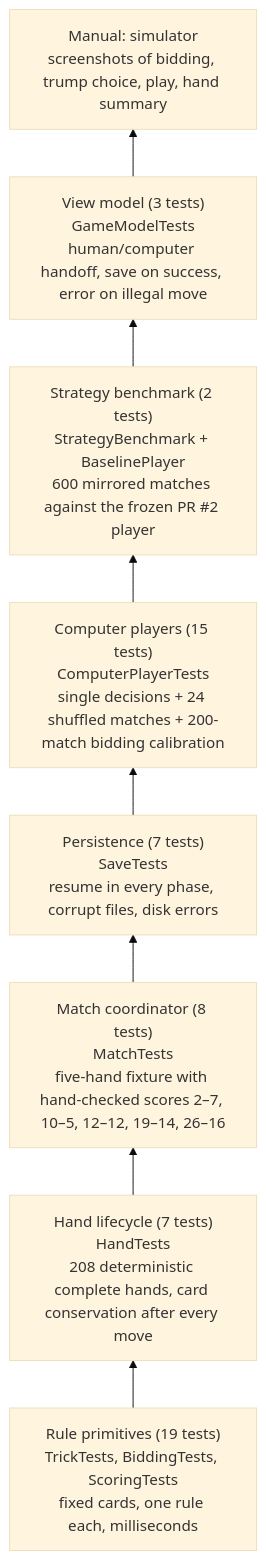
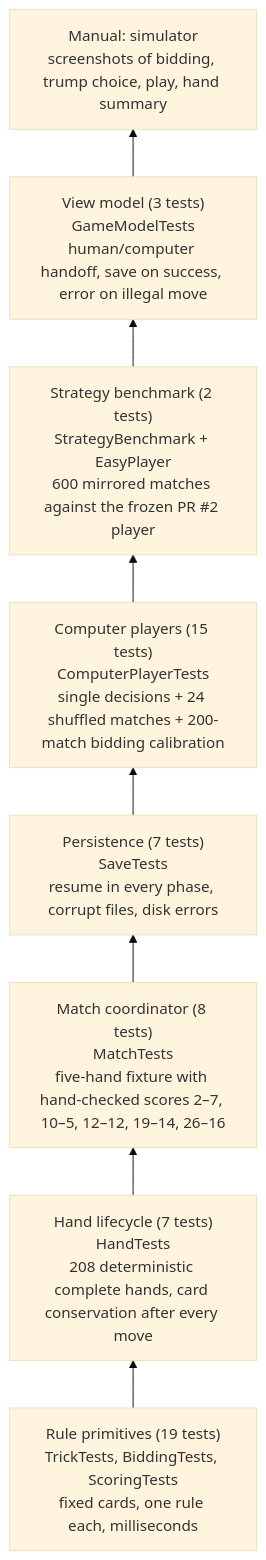
Before and after one commit to cmurphy1140/catch-5: the first of 2 diagrams in docs/testing.md, drawn with Mermaid (base theme). The commit also changed other lines of this file and 14 other files, not shown here.

````diff
--- a/docs/testing.md
+++ b/docs/testing.md
@@ -40,12 +40,12 @@
 ```mermaid
 flowchart BT
     L1["Rule primitives (19 tests)<br/>TrickTests, BiddingTests, ScoringTests<br/>fixed cards, one rule each, milliseconds"]
     L2["Hand lifecycle (7 tests)<br/>HandTests<br/>208 deterministic complete hands, card conservation after every move"]
     L3["Match coordinator (8 tests)<br/>MatchTests<br/>five-hand fixture with hand-checked scores 2–7, 10–5, 12–12, 19–14, 26–16"]
     L4["Persistence (7 tests)<br/>SaveTests<br/>resume in every phase, corrupt files, disk errors"]
     L5["Computer players (15 tests)<br/>ComputerPlayerTests<br/>single decisions + 24 shuffled matches + 200-match bidding calibration"]
-    L5b["Strategy benchmark (2 tests)<br/>StrategyBenchmark + BaselinePlayer<br/>600 mirrored matches against the frozen PR #2 player"]
+    L5b["Strategy benchmark (2 tests)<br/>StrategyBenchmark + EasyPlayer<br/>600 mirrored matches against the frozen PR #2 player"]
     L6["View model (3 tests)<br/>GameModelTests<br/>human/computer handoff, save on success, error on illegal move"]
     L7["Manual: simulator<br/>screenshots of bidding, trump choice, play, hand summary"]
     L1 --> L2 --> L3 --> L4 --> L5 --> L5b --> L6 --> L7
 ```
````
